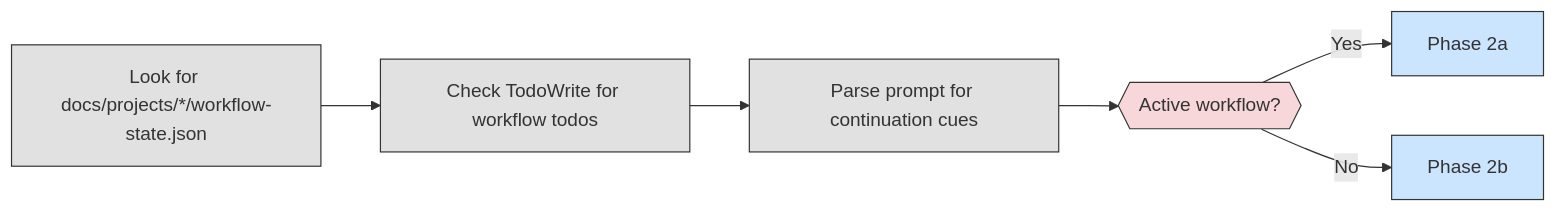
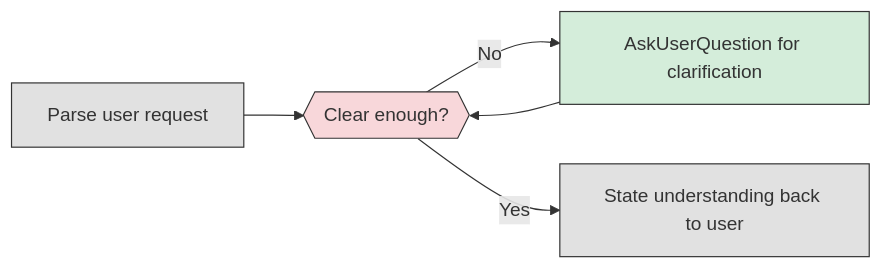
The second of 3 diagrams in docs/architecture/ms-command-target-state.md (metasaver/metasaver-marketplace), drawn with Mermaid before and after one commit. The commit also changed other lines of this file and 6 other files, not shown here.

Commit message:
feat: Refactor scope-check-agent documentation for clarity and structure; enhance ms command workflow with HITL approval; introduce standardized documentation templates for PRD, execution plans, and user stories.

````diff
--- a/docs/architecture/ms-command-target-state.md
+++ b/docs/architecture/ms-command-target-state.md
@@ -98,14 +85,15 @@
 ```mermaid
 flowchart LR
-    C1["Look for docs/projects/*/workflow-state.json"]:::step
-    C2["Check TodoWrite for workflow todos"]:::step
-    C3["Parse prompt for continuation cues"]:::step
-    C4{{"Active workflow?"}}:::decision
-    C1 --> C2 --> C3 --> C4
-    C4 -->|Yes| RESUME["Phase 2a"]:::command
-    C4 -->|No| NEW["Phase 2b"]:::command
+    U1["Parse user request"]:::step
+    U2{{"Clear enough?"}}:::decision
+    U3["AskUserQuestion for clarification"]:::hitl
+    U4["State understanding back to user"]:::step
+
+    U1 --> U2
+    U2 -->|No| U3 --> U2
+    U2 -->|Yes| U4
 
     classDef step fill:#e1e1e1,stroke:#333
-    classDef command fill:#cce5ff,stroke:#333
+    classDef hitl fill:#d4edda,stroke:#333
     classDef decision fill:#f8d7da,stroke:#333
 ```
````
